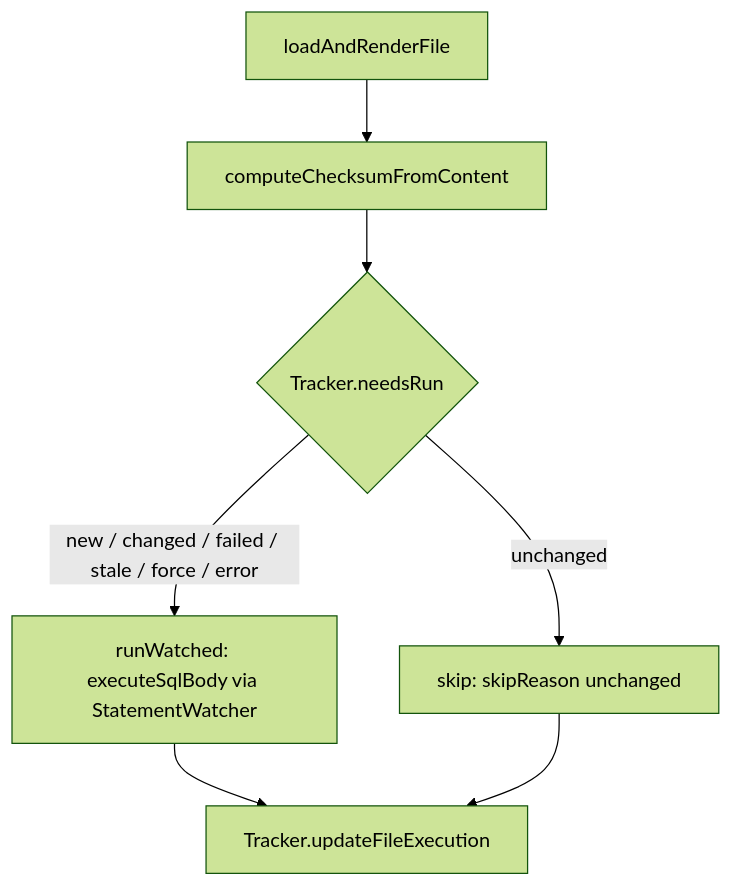
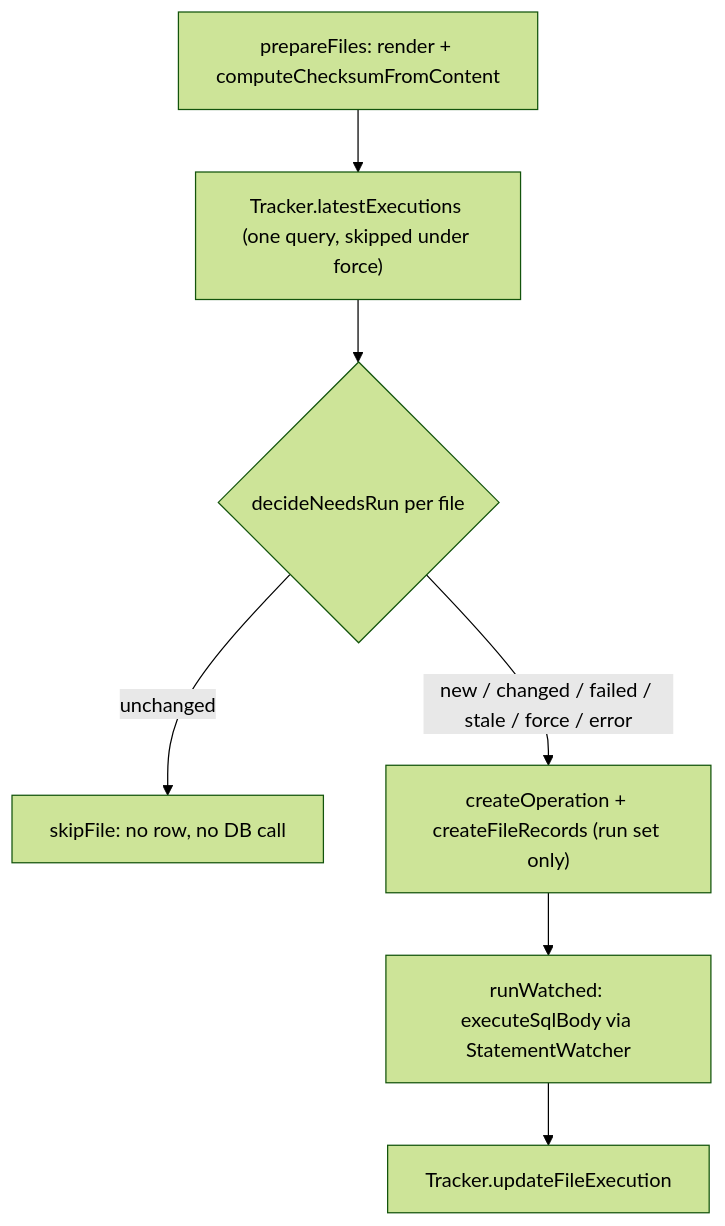
One commit to noormdev/noorm changed the first of 2 diagrams in docs/wiki/core-runner.md. Above: the diagram before and after it, drawn with Mermaid (forest theme). The commit also changed other lines of this file and 36 other files, not shown here.

First line of the commit message:
fix(runner): decide skips per batch, record only files that run

````diff
--- a/docs/wiki/core-runner.md
+++ b/docs/wiki/core-runner.md
@@ -19,9 +19,9 @@
 ```mermaid
 flowchart TD
-    A[loadAndRenderFile] --> B[computeChecksumFromContent]
-    B --> C{Tracker.needsRun}
-    C -->|"new / changed / failed / stale / force / error"| D[runWatched: executeSqlBody via StatementWatcher]
-    C -->|unchanged| E[skip: skipReason unchanged]
-    D --> F[Tracker.updateFileExecution]
-    E --> F
+    A["prepareFiles: render + computeChecksumFromContent"] --> B["Tracker.latestExecutions (one query, skipped under force)"]
+    B --> C{"decideNeedsRun per file"}
+    C -->|"unchanged"| E["skipFile: no row, no DB call"]
+    C -->|"new / changed / failed / stale / force / error"| F["createOperation + createFileRecords (run set only)"]
+    F --> D["runWatched: executeSqlBody via StatementWatcher"]
+    D --> G["Tracker.updateFileExecution"]
 ```
````
